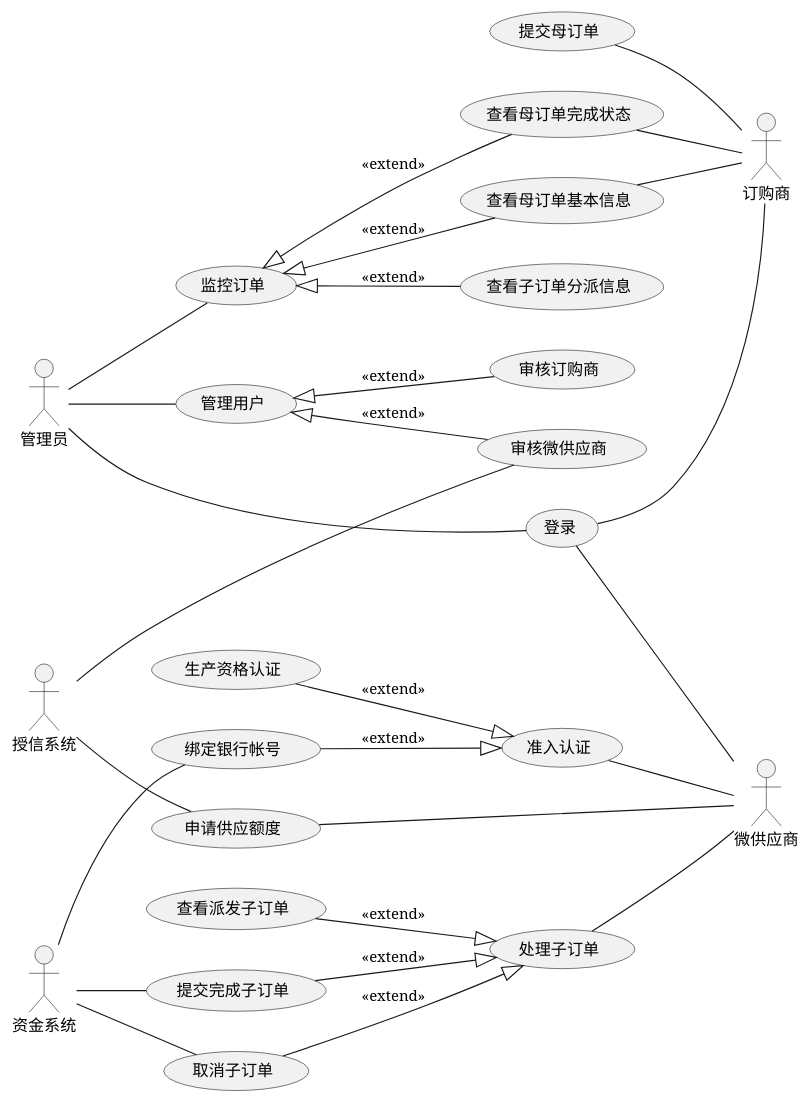
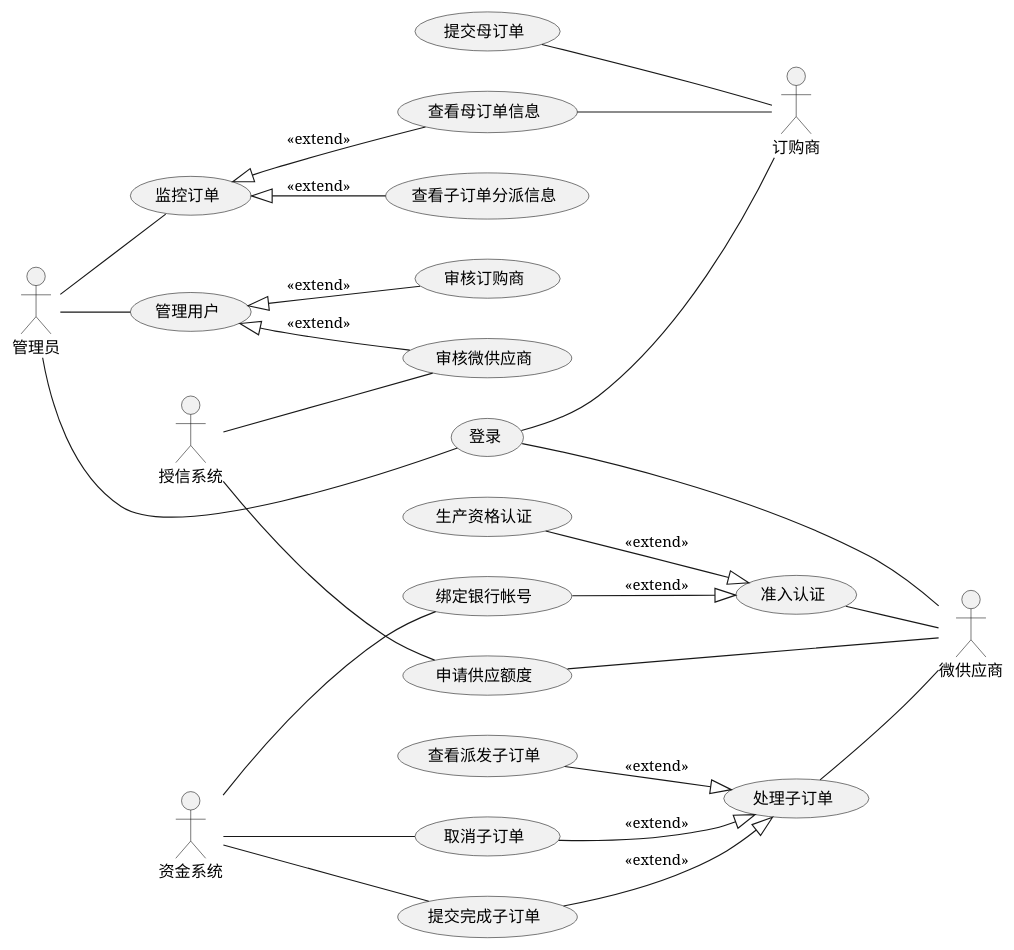
One commit to wwyf/Waterfall changed the diagram in report/misc/figure_src/uc_main.puml. Above: the diagram before and after it, drawn with PlantUML. The commit also changed 7 other files, not shown here.

```diff
--- a/report/misc/figure_src/uc_main.puml
+++ b/report/misc/figure_src/uc_main.puml
@@ -1,57 +1,55 @@
 @startuml
 
 ''' 布局信息
 left to right direction
 
 ''' 以下部分描述了各个角色
 :微供应商: as MiniProvider
 :订购商: as Client
 :管理员: as Admin
 :授信系统: as CreditSys
 :资金系统: as FundSys
 
 ''' 以下部分描述了各个用例
 ''' 注意由于使用了从左到右布局, 故连线方向up down等需旋转90度
 
 MiniProvider -up- (登录)
 MiniProvider -up- (准入认证)
 MiniProvider -up- (申请供应额度)
 MiniProvider -up- (处理子订单)
 
 (生产资格认证) --|> (准入认证) : <<extend>>
 (绑定银行帐号) --|> (准入认证) : <<extend>>
 (查看派发子订单) --|> (处理子订单) : <<extend>>
 (提交完成子订单) --|> (处理子订单) : <<extend>>
 (取消子订单) --|> (处理子订单) : <<extend>>
 
 Client -up- (登录)
 Client -up- (提交母订单)
-Client -up- (查看母订单基本信息)
-Client -up- (查看母订单完成状态)
+Client -up- (查看母订单信息)
 
 together {
     Admin -- (登录)
     Admin -- (监控订单)
     Admin -- (管理用户)
     (管理用户) <|-- (审核微供应商) : <<extend>>
     (管理用户) <|-- (审核订购商) : <<extend>>
-    (监控订单) <|-- (查看母订单基本信息) : <<extend>>
-    (监控订单) <|-- (查看母订单完成状态) : <<extend>>
+    (监控订单) <|-- (查看母订单信息) : <<extend>>
     (监控订单) <|-- (查看子订单分派信息) : <<extend>>
 
     CreditSys -- (申请供应额度)
     CreditSys -- (审核微供应商)
     FundSys -- (取消子订单)
     FundSys -- (提交完成子订单)
     FundSys -- (绑定银行帐号)
 }
 
 ''' 用于控制布局的连线, 不显示
 
-(提交母订单) -[hidden]right- (查看母订单完成状态)
+(提交母订单) -[hidden]right- (查看母订单信息)
 (生产资格认证) -[hidden]right- (绑定银行帐号)
 (绑定银行帐号) -[hidden]right- (申请供应额度)
 (申请供应额度) -[hidden]right- (查看派发子订单)
 (查看派发子订单) -[hidden]right- (提交完成子订单)
 (查看派发子订单) -[hidden]right- (取消子订单)
 @enduml
```
